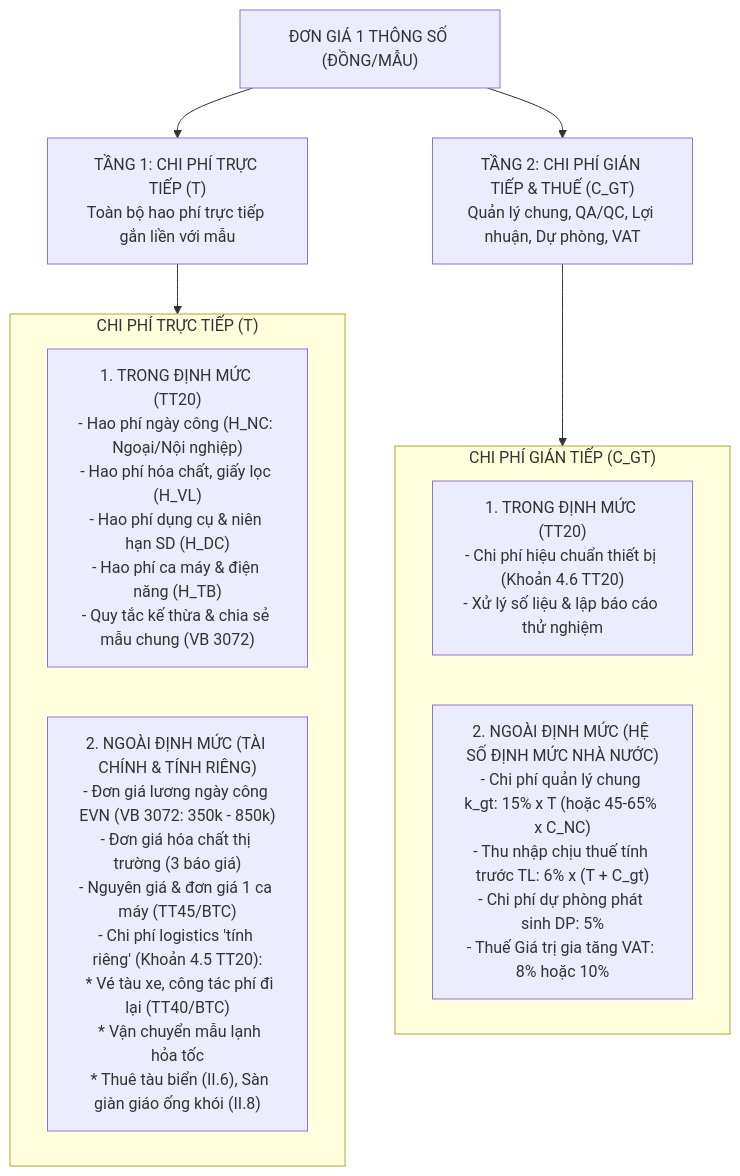
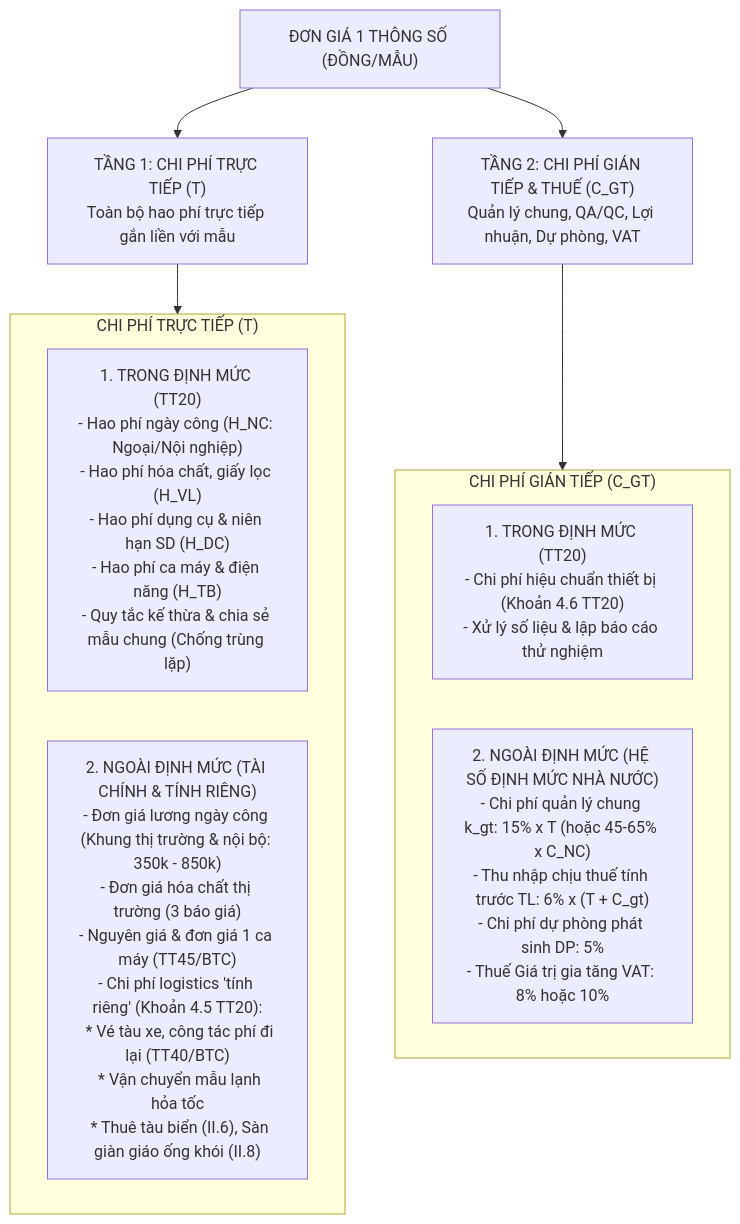
The diagram in docs/PHUONG_AN_XAC_DINH_DON_GIA.md (nguyenhieuanhspkt/DuToanMoiTruongApp-), drawn with Mermaid before and after one commit. The commit also changed other lines of this file, not shown here.

````diff
--- a/docs/PHUONG_AN_XAC_DINH_DON_GIA.md
+++ b/docs/PHUONG_AN_XAC_DINH_DON_GIA.md
@@ -25,20 +24,20 @@
 ```mermaid
 flowchart TD
     PRICE["ĐƠN GIÁ 1 THÔNG SỐ (ĐỒNG/MẪU)"]
     
     PRICE --> T["TẦNG 1: CHI PHÍ TRỰC TIẾP (T)<br/>Toàn bộ hao phí trực tiếp gắn liền với mẫu"]
     PRICE --> C["TẦNG 2: CHI PHÍ GIÁN TIẾP & THUẾ (C_GT)<br/>Quản lý chung, QA/QC, Lợi nhuận, Dự phòng, VAT"]
     
     subgraph T_SUB["CHI PHÍ TRỰC TIẾP (T)"]
-        T1["1. TRONG ĐỊNH MỨC (TT20)<br/>- Hao phí ngày công (H_NC: Ngoại/Nội nghiệp)<br/>- Hao phí hóa chất, giấy lọc (H_VL)<br/>- Hao phí dụng cụ & niên hạn SD (H_DC)<br/>- Hao phí ca máy & điện năng (H_TB)<br/>- Quy tắc kế thừa & chia sẻ mẫu chung (VB 3072)"]
-        T2["2. NGOÀI ĐỊNH MỨC (TÀI CHÍNH & TÍNH RIÊNG)<br/>- Đơn giá lương ngày công EVN (VB 3072: 350k - 850k)<br/>- Đơn giá hóa chất thị trường (3 báo giá)<br/>- Nguyên giá & đơn giá 1 ca máy (TT45/BTC)<br/>- Chi phí logistics 'tính riêng' (Khoản 4.5 TT20):<br/>  * Vé tàu xe, công tác phí đi lại (TT40/BTC)<br/>  * Vận chuyển mẫu lạnh hỏa tốc<br/>  * Thuê tàu biển (II.6), Sàn giàn giáo ống khói (II.8)"]
+        T1["1. TRONG ĐỊNH MỨC (TT20)<br/>- Hao phí ngày công (H_NC: Ngoại/Nội nghiệp)<br/>- Hao phí hóa chất, giấy lọc (H_VL)<br/>- Hao phí dụng cụ & niên hạn SD (H_DC)<br/>- Hao phí ca máy & điện năng (H_TB)<br/>- Quy tắc kế thừa & chia sẻ mẫu chung (Chống trùng lặp)"]
+        T2["2. NGOÀI ĐỊNH MỨC (TÀI CHÍNH & TÍNH RIÊNG)<br/>- Đơn giá lương ngày công (Khung thị trường & nội bộ: 350k - 850k)<br/>- Đơn giá hóa chất thị trường (3 báo giá)<br/>- Nguyên giá & đơn giá 1 ca máy (TT45/BTC)<br/>- Chi phí logistics 'tính riêng' (Khoản 4.5 TT20):<br/>  * Vé tàu xe, công tác phí đi lại (TT40/BTC)<br/>  * Vận chuyển mẫu lạnh hỏa tốc<br/>  * Thuê tàu biển (II.6), Sàn giàn giáo ống khói (II.8)"]
     end
 
     subgraph C_SUB["CHI PHÍ GIÁN TIẾP (C_GT)"]
         C1["1. TRONG ĐỊNH MỨC (TT20)<br/>- Chi phí hiệu chuẩn thiết bị (Khoản 4.6 TT20)<br/>- Xử lý số liệu & lập báo cáo thử nghiệm"]
         C2["2. NGOÀI ĐỊNH MỨC (HỆ SỐ ĐỊNH MỨC NHÀ NƯỚC)<br/>- Chi phí quản lý chung k_gt: 15% x T (hoặc 45-65% x C_NC)<br/>- Thu nhập chịu thuế tính trước TL: 6% x (T + C_gt)<br/>- Chi phí dự phòng phát sinh DP: 5%<br/>- Thuế Giá trị gia tăng VAT: 8% hoặc 10%"]
     end
 
     T --> T_SUB
     C --> C_SUB
 ```
````
